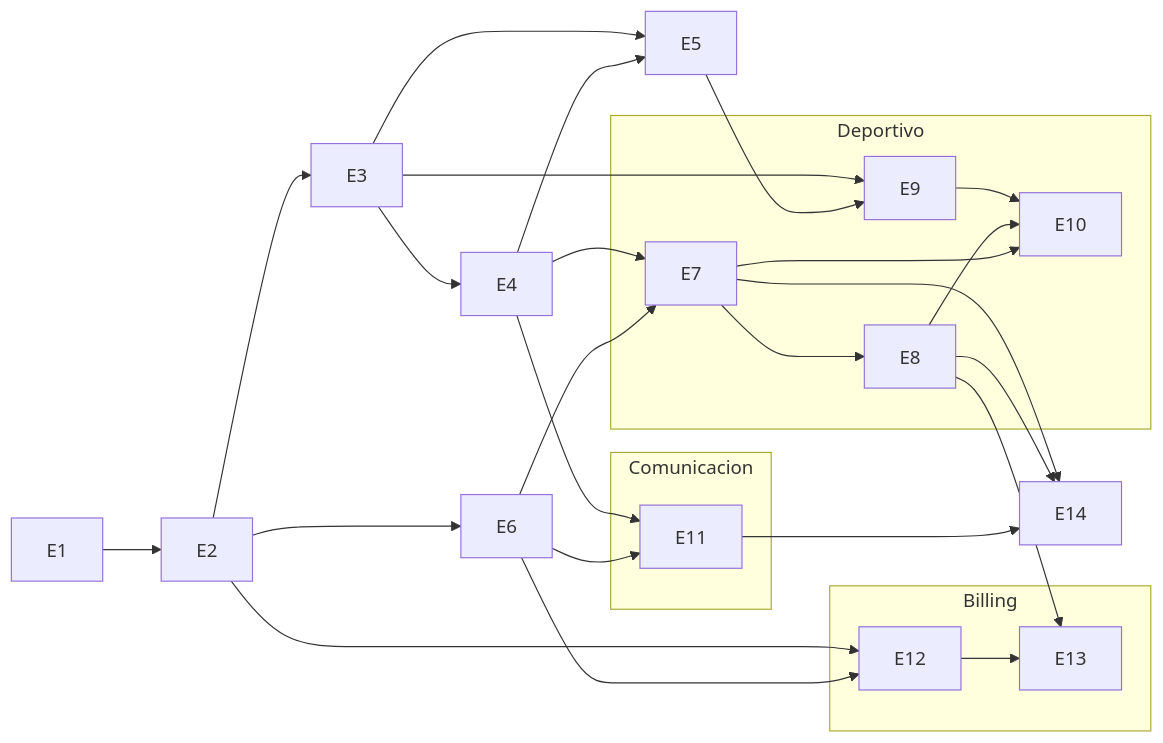
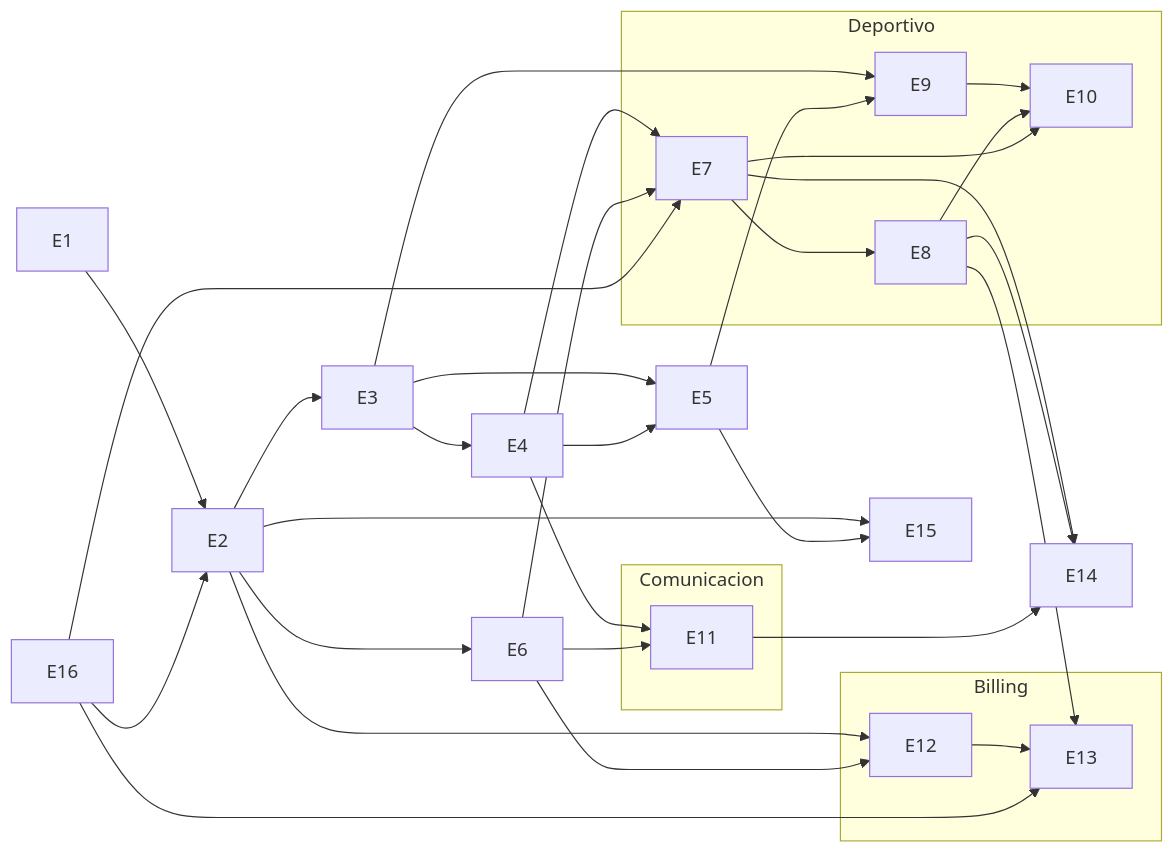
One commit to cjgomezr/sea-dragons-web changed the diagram in docs/plan-maestro.md. Above: the diagram before and after it, drawn with Mermaid. The commit also changed other lines of this file and 7 other files, not shown here.

````diff
--- a/docs/plan-maestro.md
+++ b/docs/plan-maestro.md
@@ -31,33 +36,38 @@
 ```mermaid
 graph LR
   E1 --> E2 --> E3 --> E4
+  E16 --> E2
   E3 --> E5
   E4 --> E5
   E2 --> E6
 
   subgraph Deportivo
     E7 --> E8
     E9 --> E10
     E8 --> E10
     E7 --> E10
   end
   subgraph Comunicacion
     E11
   end
   subgraph Billing
     E12 --> E13
   end
 
   E4 --> E7
   E6 --> E7
+  E16 --> E7
   E3 --> E9
   E5 --> E9
   E4 --> E11
   E6 --> E11
   E2 --> E12
   E6 --> E12
   E8 --> E13
+  E16 --> E13
+  E2 --> E15
+  E5 --> E15
   E7 --> E14
   E8 --> E14
   E11 --> E14
 ```
````
